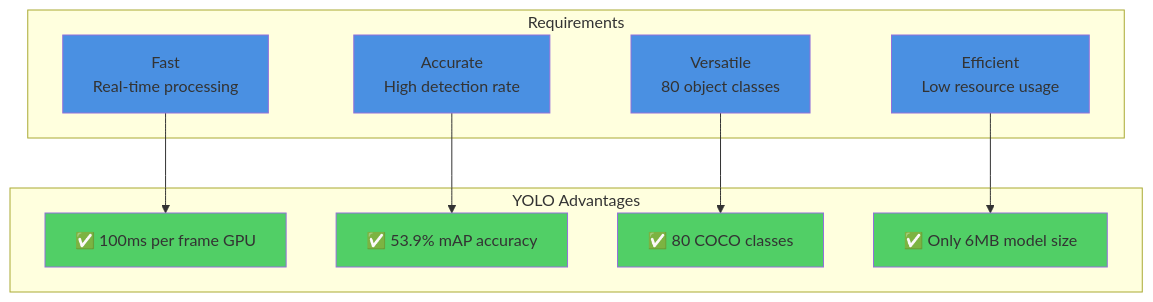
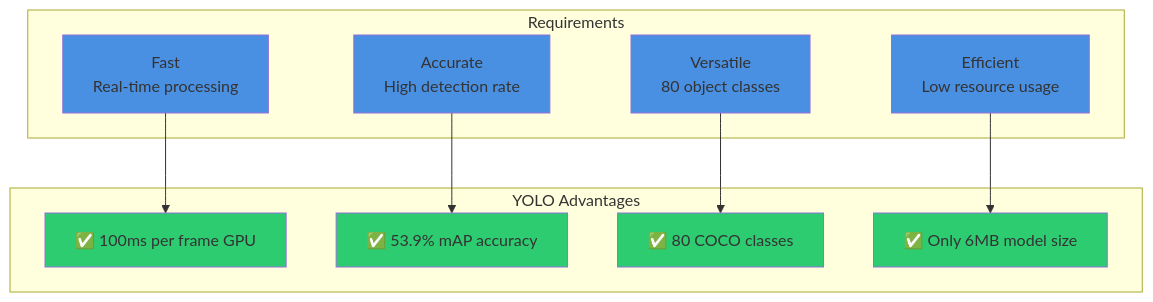
Before and after one commit to Omenranr/rag-video: the sixth of 35 diagrams in README.md, drawn with Mermaid. The commit also changed other lines of this file, not shown here.

````diff
--- a/README.md
+++ b/README.md
@@ -179,30 +179,30 @@
 ```mermaid
 graph TB
     subgraph "Requirements"
         R1[Fast<br/>Real-time processing]
         R2[Accurate<br/>High detection rate]
         R3[Versatile<br/>80 object classes]
         R4[Efficient<br/>Low resource usage]
     end
     
     subgraph "YOLO Advantages"
         A1[✅ 100ms per frame GPU]
         A2[✅ 53.9% mAP accuracy]
         A3[✅ 80 COCO classes]
         A4[✅ Only 6MB model size]
     end
     
     R1 --> A1
     R2 --> A2
     R3 --> A3
     R4 --> A4
     
     style R1 fill:#4a90e2
     style R2 fill:#4a90e2
     style R3 fill:#4a90e2
     style R4 fill:#4a90e2
-    style A1 fill:#51cf66
-    style A2 fill:#51cf66
-    style A3 fill:#51cf66
-    style A4 fill:#51cf66
+    style A1 fill:#2ecc71
+    style A2 fill:#2ecc71
+    style A3 fill:#2ecc71
+    style A4 fill:#2ecc71
 ```
````
